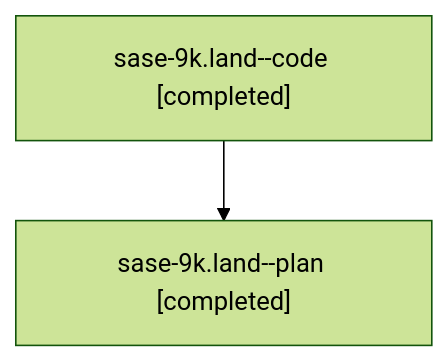
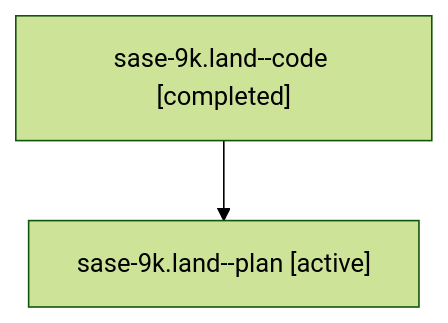
The diagram in families/bbugyi200.athena.sase-9k.land.md (sase-org/sase--agents), drawn with Mermaid (forest theme) before and after one commit. The commit also changed other lines of this file and 8679 other files, not shown here.

````diff
--- a/families/bbugyi200.athena.sase-9k.land.md
+++ b/families/bbugyi200.athena.sase-9k.land.md
@@ -9,6 +9,6 @@
 ```mermaid
 flowchart TD
   n0["sase-9k.land--code [completed]"]
-  n1["sase-9k.land--plan [completed]"]
+  n1["sase-9k.land--plan [active]"]
   n0 --> n1
 ```
````
